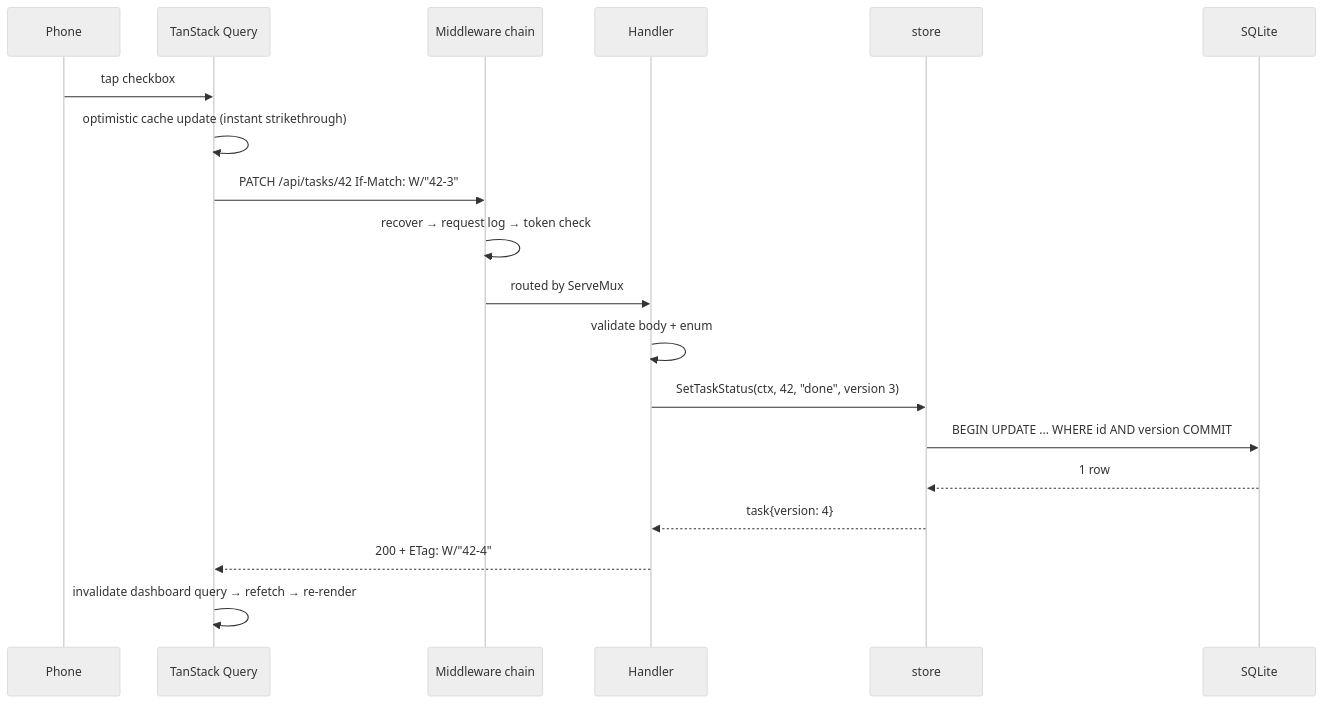
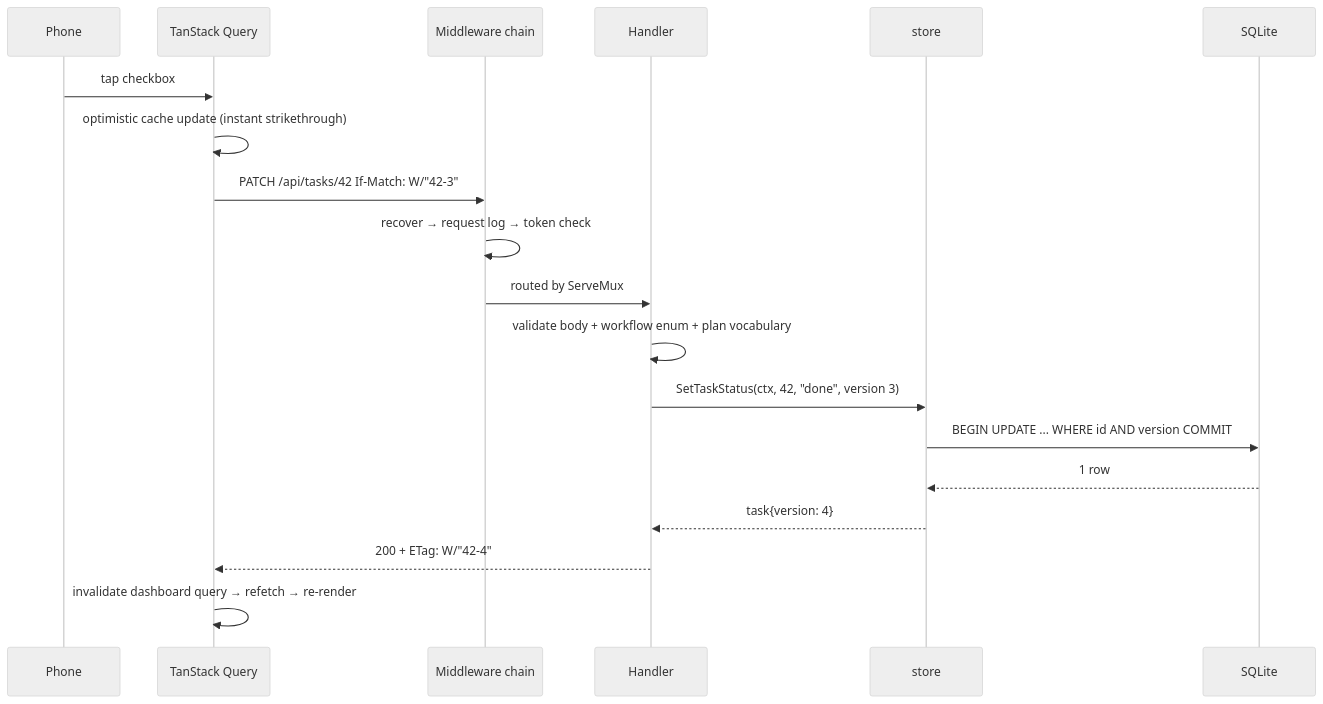
Before and after one commit to FernasFragas/dashboard-app: the diagram in docs/ARCHITECTURE.md, drawn with Mermaid (neutral theme). The commit also changed other lines of this file and 6 other files, not shown here.

Commit message:
Update architectutre and APs anADRs

````diff
--- a/docs/ARCHITECTURE.md
+++ b/docs/ARCHITECTURE.md
@@ -85,22 +92,22 @@
 ```mermaid
 sequenceDiagram
     participant U as Phone
     participant Q as TanStack Query
     participant M as Middleware chain
     participant H as Handler
     participant S as store
     participant D as SQLite
 
     U->>Q: tap checkbox
     Q->>Q: optimistic cache update (instant strikethrough)
     Q->>M: PATCH /api/tasks/42  If-Match: W/"42-3"
     M->>M: recover → request log → token check
     M->>H: routed by ServeMux
-    H->>H: validate body + enum
+    H->>H: validate body + workflow enum + plan vocabulary
     H->>S: SetTaskStatus(ctx, 42, "done", version 3)
     S->>D: BEGIN UPDATE ... WHERE id AND version COMMIT
     D-->>S: 1 row
     S-->>H: task{version: 4}
     H-->>Q: 200 + ETag: W/"42-4"
     Q->>Q: invalidate dashboard query → refetch → re-render
 ```
````
